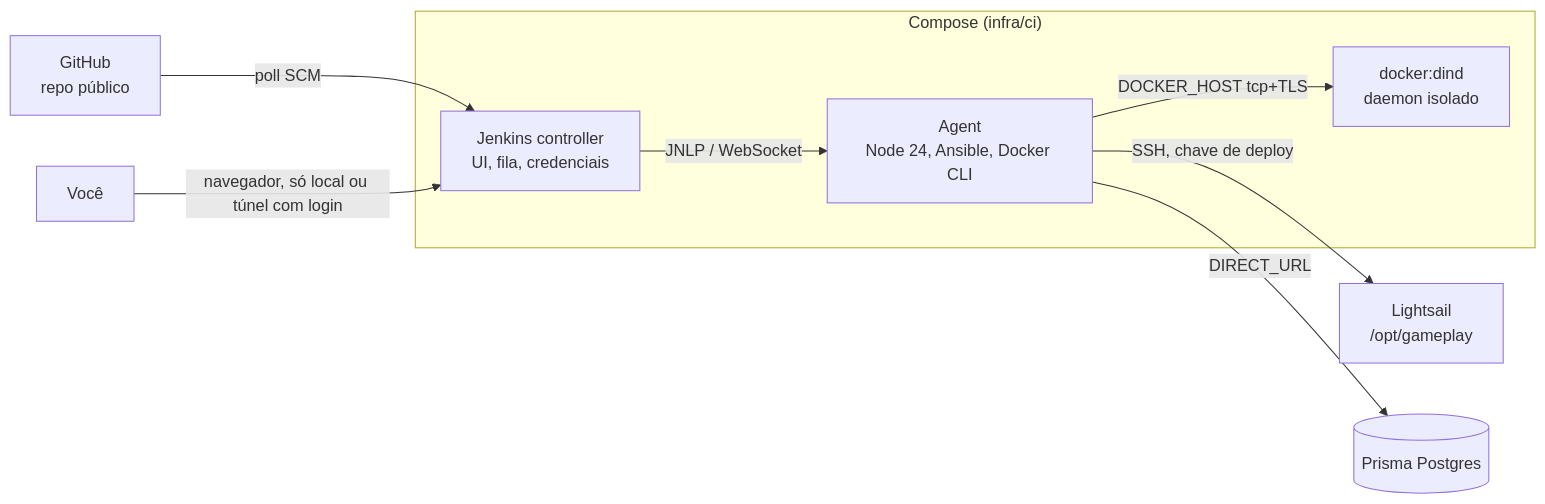
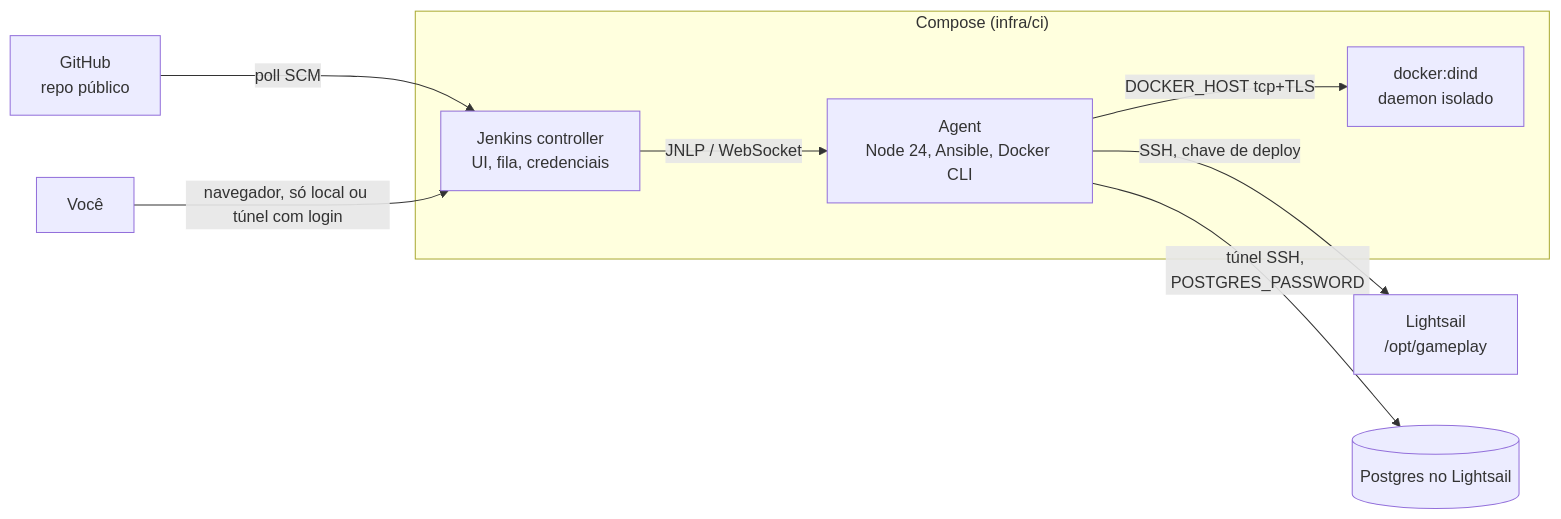
Before and after one commit to christiancesar/gameplay: the diagram in plans/[pending]-self-hosted-pipeline/07-pipeline-self-hosted.md, drawn with Mermaid. The commit also changed other lines of this file and 2 other files, not shown here.

Commit message:
docs(plans): record the switch to a local production Postgres

````diff
--- a/plans/[pending]-self-hosted-pipeline/07-pipeline-self-hosted.md
+++ b/plans/[pending]-self-hosted-pipeline/07-pipeline-self-hosted.md
@@ -30,11 +30,11 @@
 ```mermaid
 flowchart LR
   subgraph Local["Compose (infra/ci)"]
     C[Jenkins controller<br/>UI, fila, credenciais] -->|JNLP / WebSocket| A[Agent<br/>Node 24, Ansible, Docker CLI]
     A -->|DOCKER_HOST tcp+TLS| D[docker:dind<br/>daemon isolado]
   end
   G[GitHub<br/>repo público] -->|poll SCM| C
   A -->|SSH, chave de deploy| L[Lightsail<br/>/opt/gameplay]
-  A -->|DIRECT_URL| P[(Prisma Postgres)]
+  A -->|túnel SSH, POSTGRES_PASSWORD| P[(Postgres no Lightsail)]
   U[Você] -->|navegador, só local ou túnel com login| C
 ```
````
